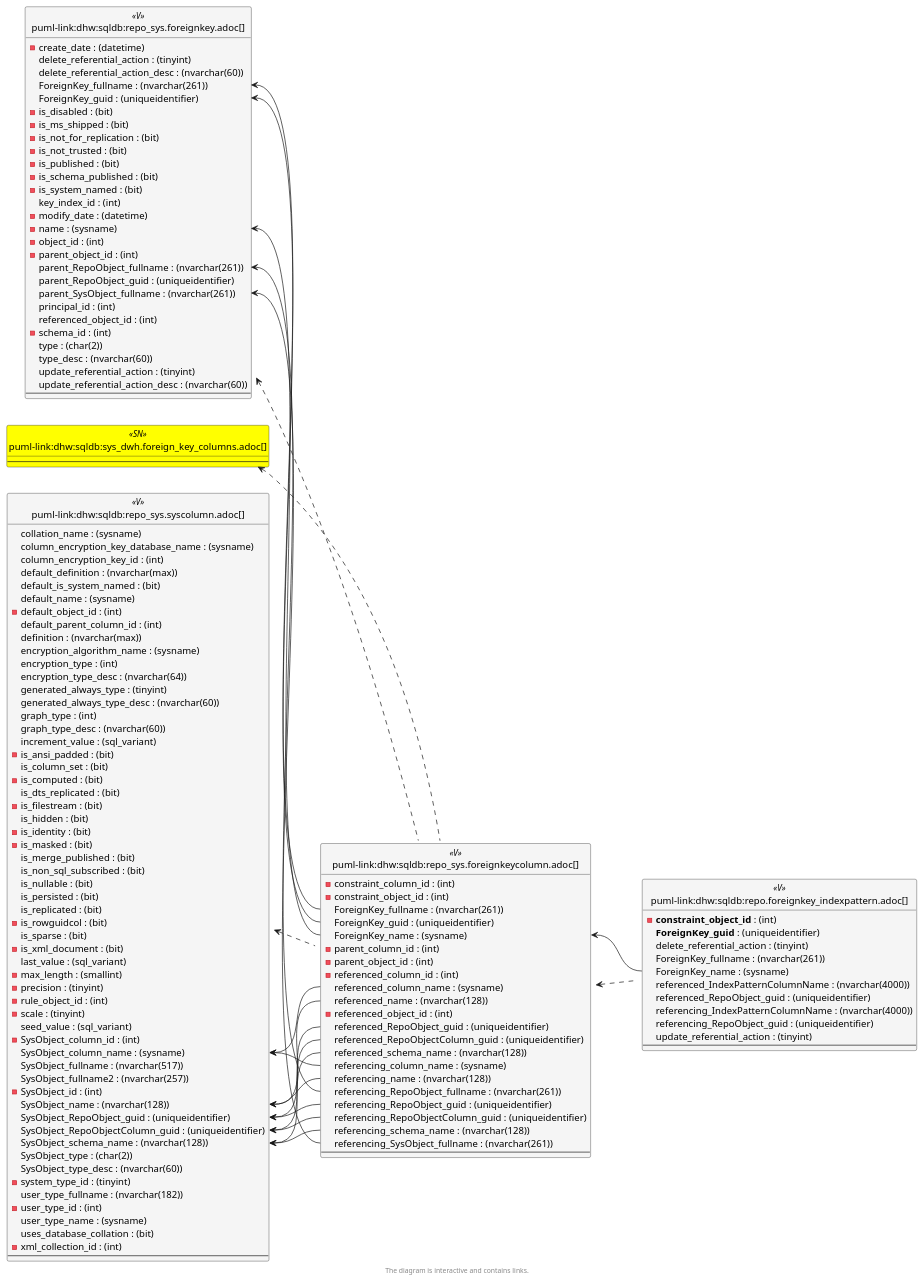
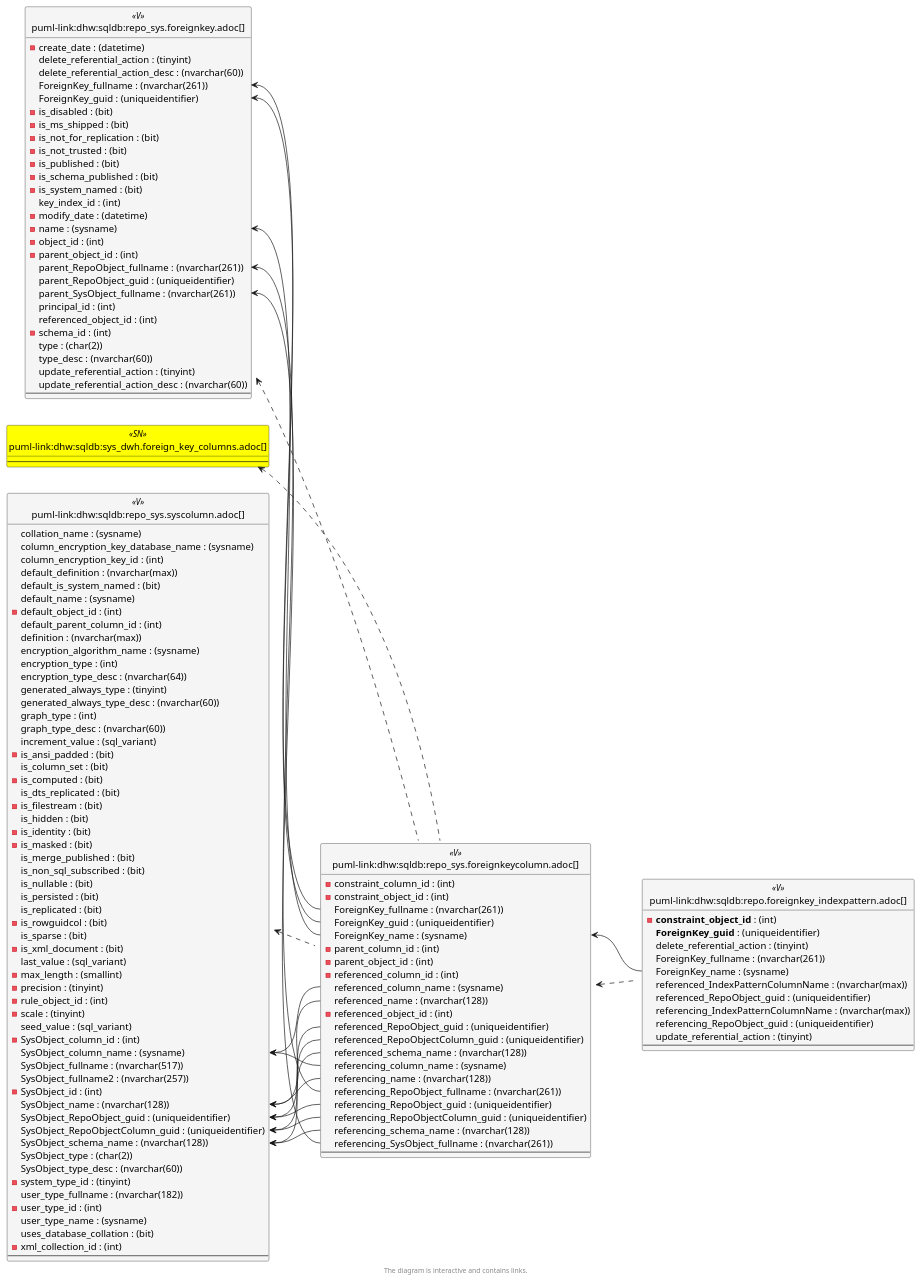
The sixth of 6 diagrams in docs/modules/sqldb/partials/content/repo_sys.foreignkeycolumn.adoc (DataHandwerk/dhw-antora-sqldb), drawn with PlantUML before and after one commit. The commit also changed 701 other files, not shown here.

```diff
--- a/docs/modules/sqldb/partials/content/repo_sys.foreignkeycolumn.adoc
+++ b/docs/modules/sqldb/partials/content/repo_sys.foreignkeycolumn.adoc
@@ -1918,9 +1918,9 @@
   delete_referential_action : (tinyint)
   ForeignKey_fullname : (nvarchar(261))
   ForeignKey_name : (sysname)
-  referenced_IndexPatternColumnName : (nvarchar(4000))
+  referenced_IndexPatternColumnName : (nvarchar(max))
   referenced_RepoObject_guid : (uniqueidentifier)
-  referencing_IndexPatternColumnName : (nvarchar(4000))
+  referencing_IndexPatternColumnName : (nvarchar(max))
   referencing_RepoObject_guid : (uniqueidentifier)
   update_referential_action : (tinyint)
   --
@@ -2058,10 +2058,10 @@
 "repo_sys.ForeignKeyColumn::ForeignKey_name" <-- "repo.ForeignKey_IndexPattern::ForeignKey_name"
 "repo_sys.SysColumn::SysObject_column_name" <-- "repo_sys.ForeignKeyColumn::referenced_column_name"
 "repo_sys.SysColumn::SysObject_column_name" <-- "repo_sys.ForeignKeyColumn::referencing_column_name"
+"repo_sys.SysColumn::SysObject_name" <-- "repo_sys.ForeignKeyColumn::referenced_name"
 "repo_sys.SysColumn::SysObject_name" <-- "repo_sys.ForeignKeyColumn::referencing_name"
-"repo_sys.SysColumn::SysObject_name" <-- "repo_sys.ForeignKeyColumn::referenced_name"
+"repo_sys.SysColumn::SysObject_RepoObject_guid" <-- "repo_sys.ForeignKeyColumn::referenced_RepoObject_guid"
 "repo_sys.SysColumn::SysObject_RepoObject_guid" <-- "repo_sys.ForeignKeyColumn::referencing_RepoObject_guid"
-"repo_sys.SysColumn::SysObject_RepoObject_guid" <-- "repo_sys.ForeignKeyColumn::referenced_RepoObject_guid"
 "repo_sys.SysColumn::SysObject_RepoObjectColumn_guid" <-- "repo_sys.ForeignKeyColumn::referenced_RepoObjectColumn_guid"
 "repo_sys.SysColumn::SysObject_RepoObjectColumn_guid" <-- "repo_sys.ForeignKeyColumn::referencing_RepoObjectColumn_guid"
 "repo_sys.SysColumn::SysObject_schema_name" <-- "repo_sys.ForeignKeyColumn::referenced_schema_name"
```
